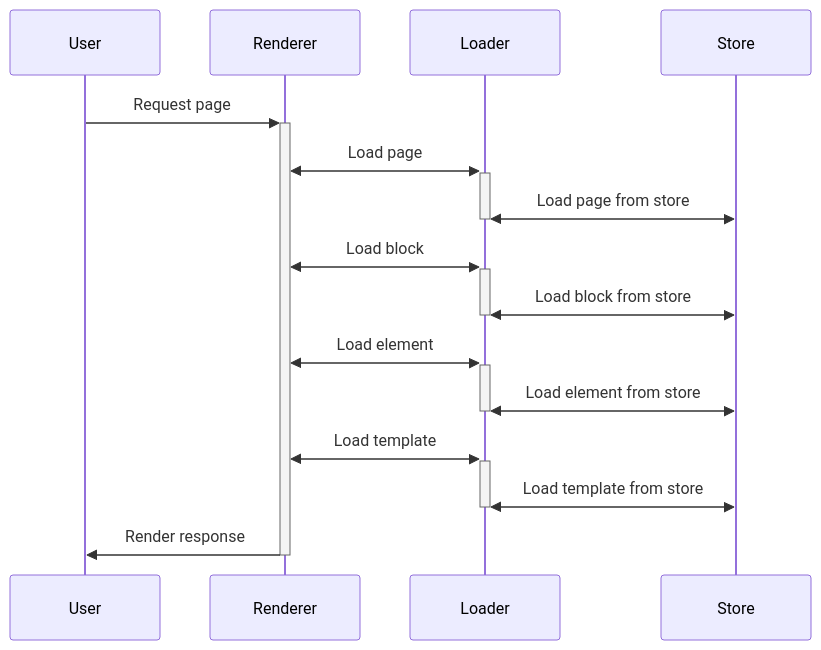
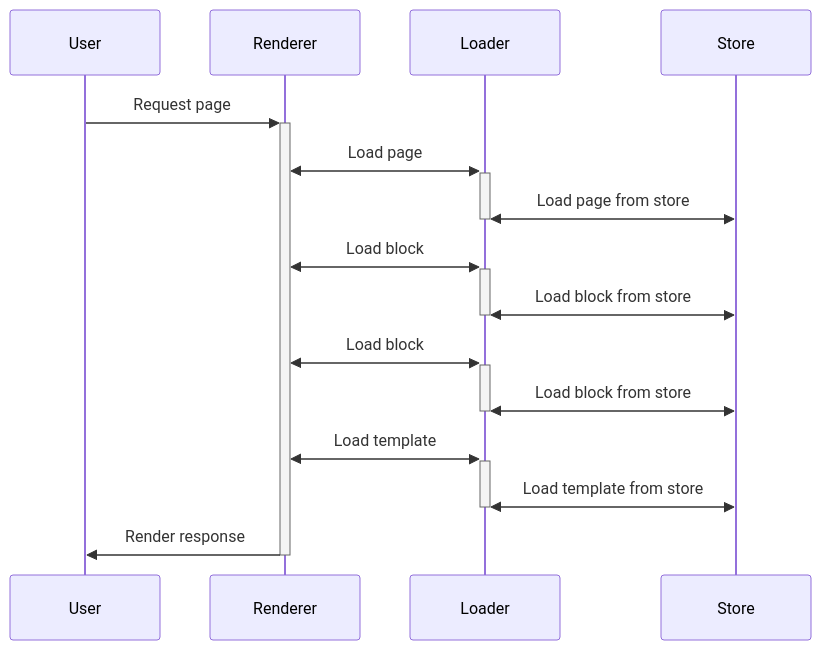
One commit to coralbits/coralpages changed the diagram in README.md. Above: the diagram before and after it, drawn with Mermaid. The commit also changed other lines of this file and 12 other files, not shown here.

````diff
--- a/README.md
+++ b/README.md
@@ -85,13 +79,13 @@
 ```mermaid
 sequenceDiagram
   User ->>+ Renderer: Request page
   Renderer <<->>+ Loader: Load page
   Loader <<->>- Store: Load page from store
   Renderer <<->>+ Loader: Load block
   Loader <<->>- Store: Load block from store
-  Renderer <<->>+ Loader: Load element
-  Loader <<->>- Store: Load element from store
+  Renderer <<->>+ Loader: Load block
+  Loader <<->>- Store: Load block from store
   Renderer <<->>+ Loader: Load template
   Loader <<->>- Store: Load template from store
   Renderer ->>- User: Render response
 ```
````
